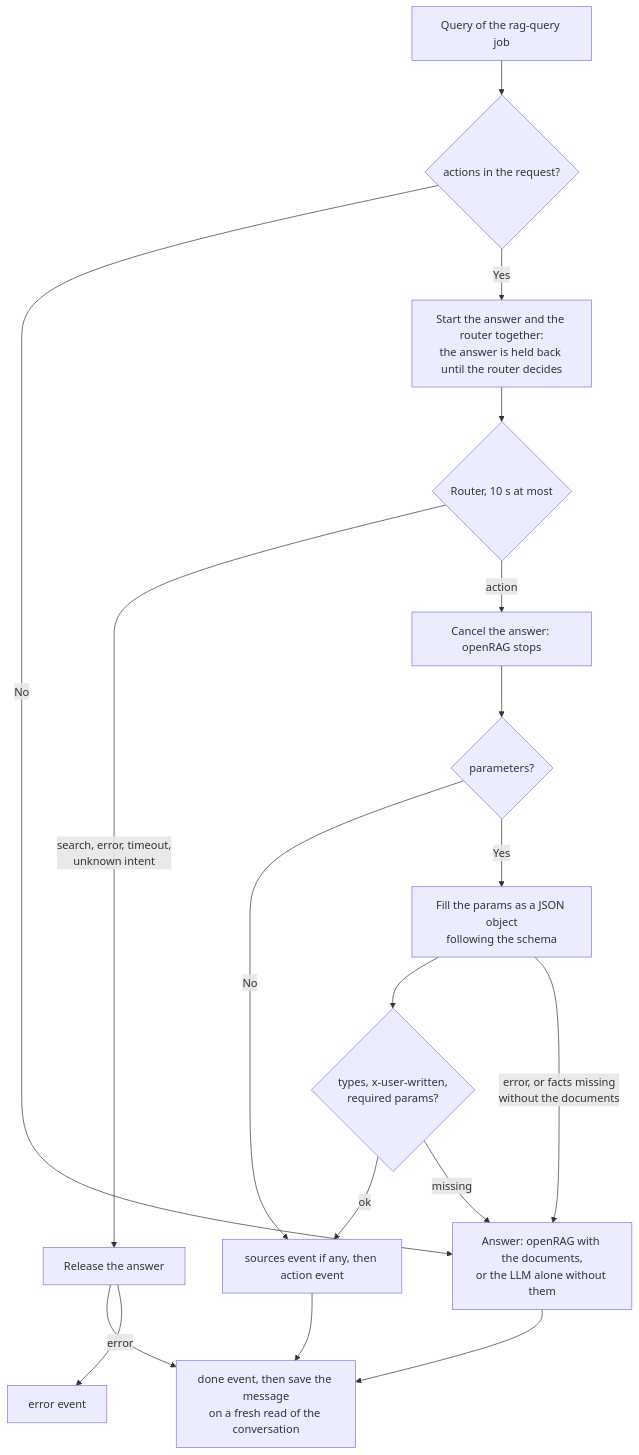
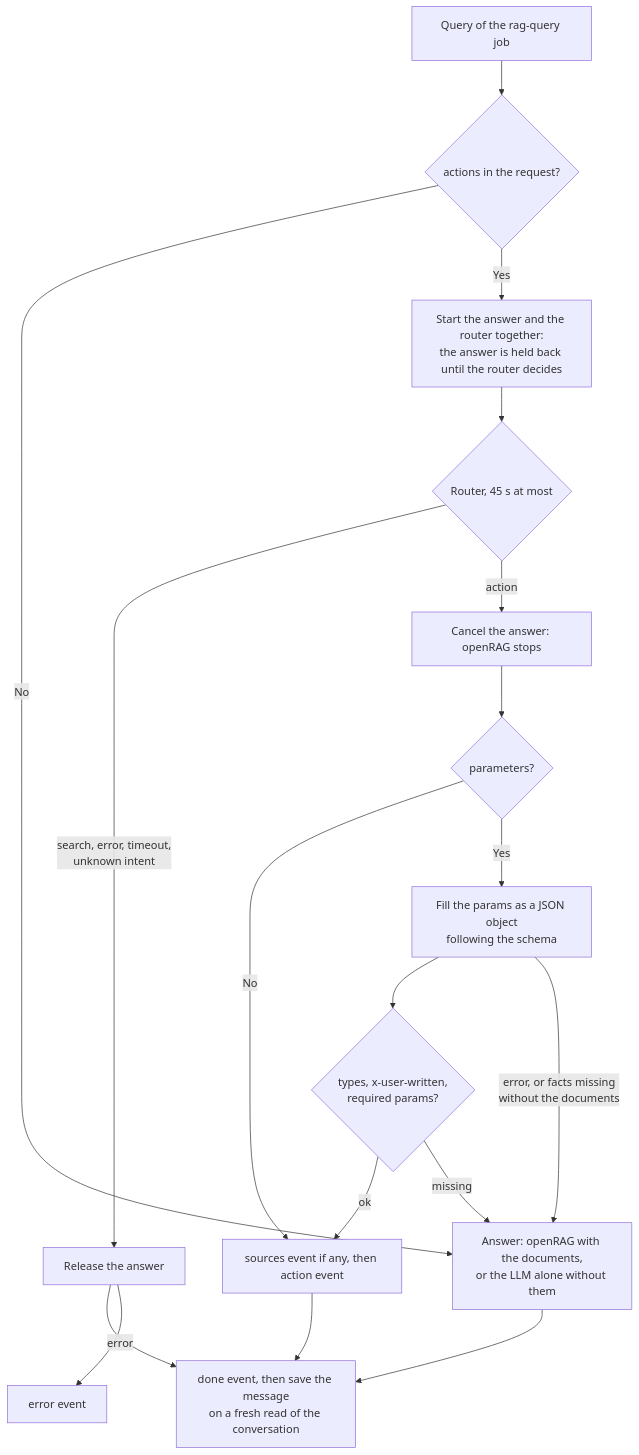
The diagram in docs/ai.md (linagora/cozy-stack), drawn with Mermaid before and after one commit. The commit also changed other lines of this file and 1 other file, not shown here.

First line of the commit message:
fix(ai): Give the chat router the time of a reasoning LLM

````diff
--- a/docs/ai.md
+++ b/docs/ai.md
@@ -566,21 +567,21 @@
 ```mermaid
 flowchart TD
     Q[Query of the rag-query job] --> HAS{actions in the request?}
     HAS -- No --> ANS[Answer: openRAG with the documents,<br>or the LLM alone without them]
     ANS --> SAVE
     HAS -- Yes --> PAR[Start the answer and the router together:<br>the answer is held back until the router decides]
-    PAR --> ROUTE{Router, 10 s at most}
+    PAR --> ROUTE{Router, 45 s at most}
     ROUTE -- search, error, timeout,<br>unknown intent --> REL[Release the answer]
     REL --> SAVE
     REL -- error --> ERR[error event]
     ROUTE -- action --> CANCEL[Cancel the answer: openRAG stops]
     CANCEL --> PARAMS{parameters?}
     PARAMS -- No --> ACT
     PARAMS -- Yes --> FILL[Fill the params as a JSON object<br>following the schema]
     FILL --> CHECK{types, x-user-written,<br>required params?}
     CHECK -- ok --> ACT[sources event if any, then action event]
     CHECK -- missing --> ANS
     FILL -- error, or facts missing<br>without the documents --> ANS
     ACT --> SAVE
     SAVE[done event, then save the message<br>on a fresh read of the conversation]
 ```
````
